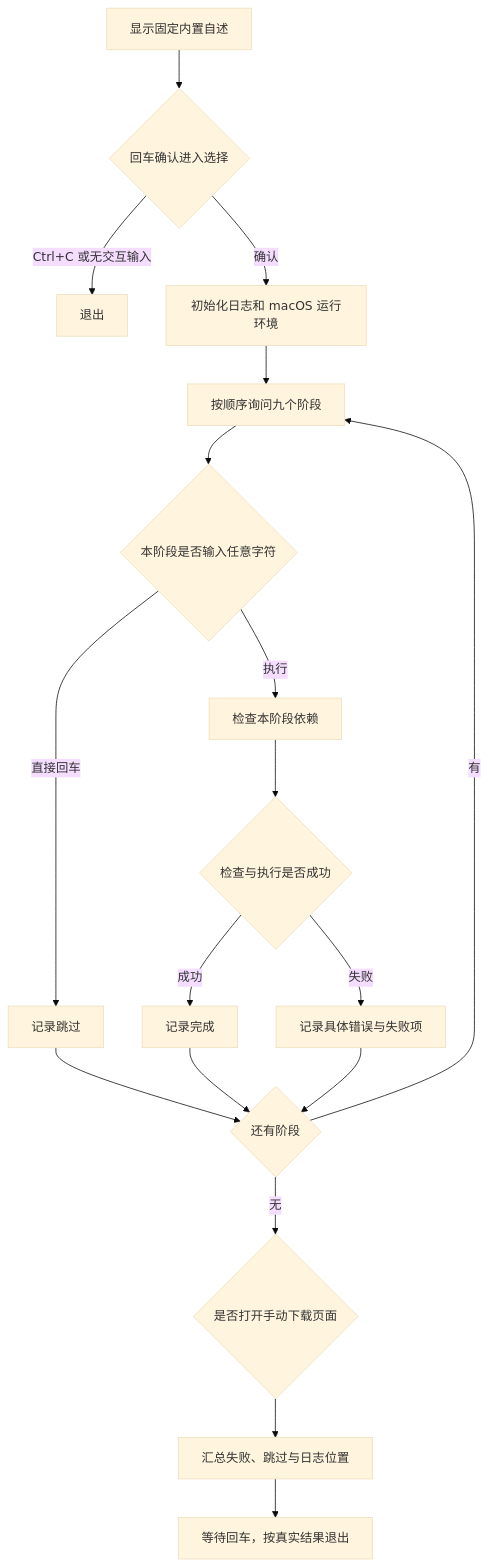
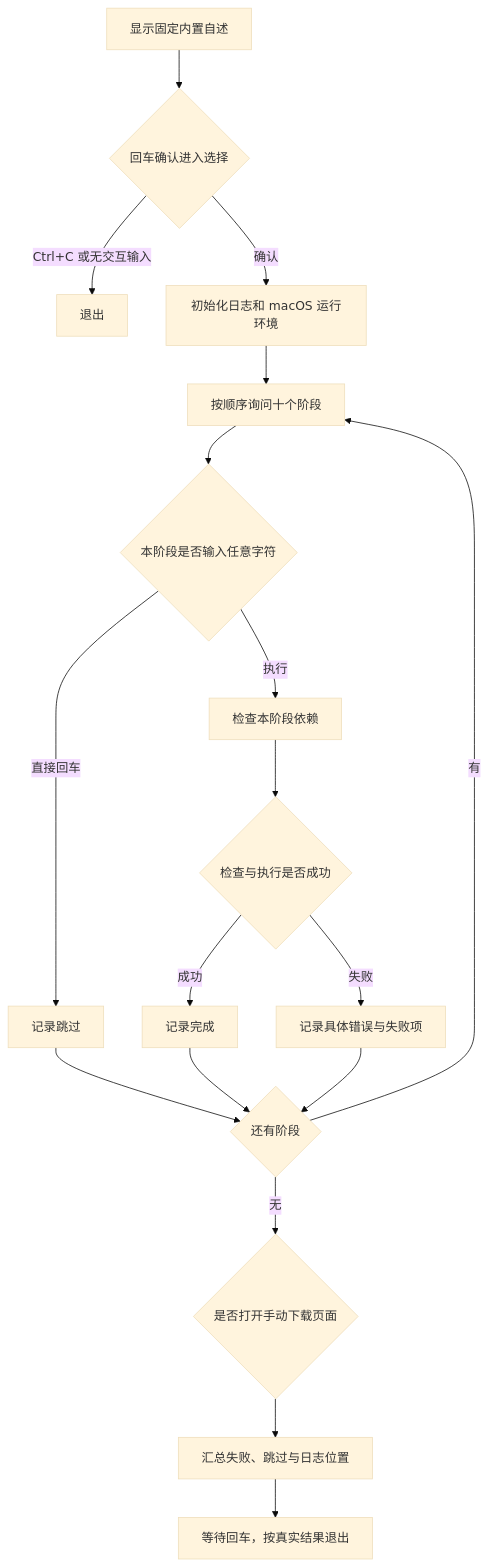
The first of 3 diagrams in README.md (JobsKits/JobsConfigOS), drawn with Mermaid (base theme) before and after one commit. The commit also changed other lines of this file and 538 other files, not shown here.

````diff
--- a/README.md
+++ b/README.md
@@ -210,20 +170,20 @@
 ```mermaid
 flowchart TD
     A["显示固定内置自述"] --> B{"回车确认进入选择"}
     B -->|"Ctrl+C 或无交互输入"| Z["退出"]
     B -->|"确认"| C["初始化日志和 macOS 运行环境"]
-    C --> D["按顺序询问九个阶段"]
+    C --> D["按顺序询问十个阶段"]
     D --> E{"本阶段是否输入任意字符"}
     E -->|"直接回车"| F["记录跳过"]
     E -->|"执行"| G["检查本阶段依赖"]
     G --> H{"检查与执行是否成功"}
     H -->|"成功"| I["记录完成"]
     H -->|"失败"| J["记录具体错误与失败项"]
     F --> K{"还有阶段"}
     I --> K
     J --> K
     K -->|"有"| D
     K -->|"无"| L{"是否打开手动下载页面"}
     L --> M["汇总失败、跳过与日志位置"]
     M --> N["等待回车，按真实结果退出"]
 ```
````
